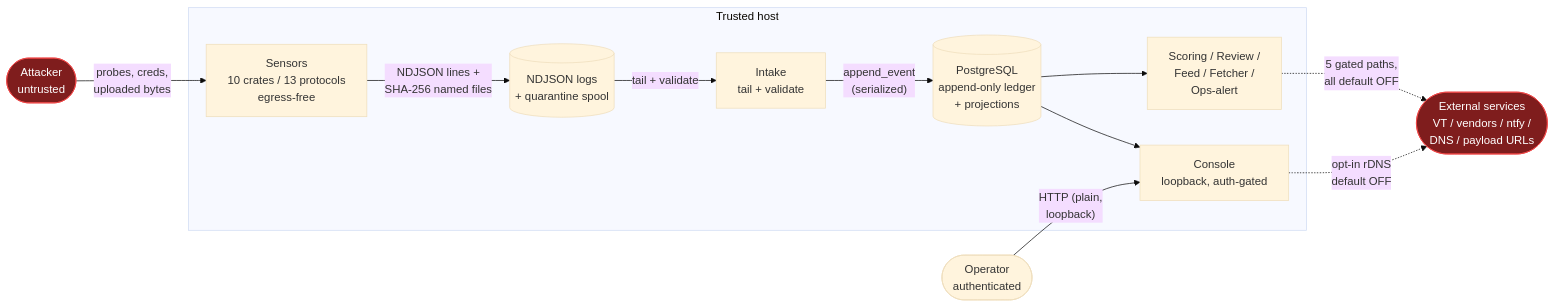
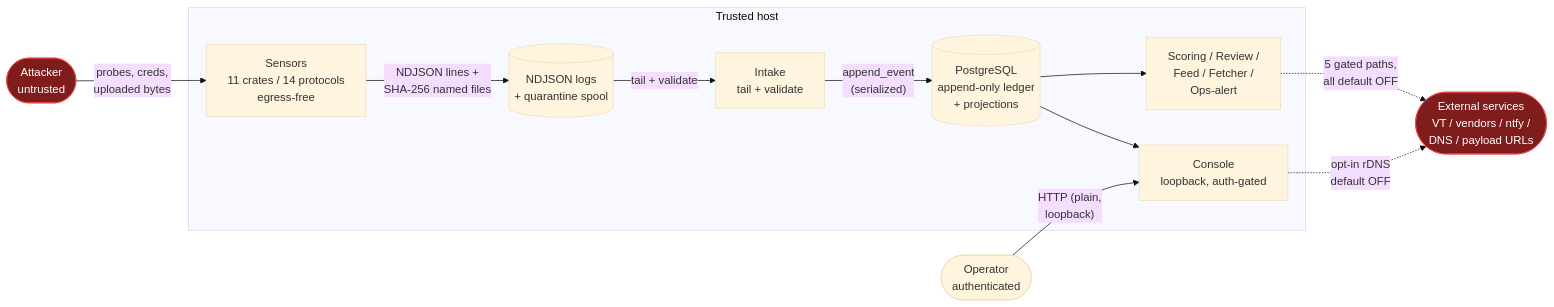
One commit to brandontroidl/Propolis changed the diagram in docs/architecture/trust-boundaries-and-data-flows.md. Above: the diagram before and after it, drawn with Mermaid (base theme). The commit also changed other lines of this file and 61 other files, not shown here.

````diff
--- a/docs/architecture/trust-boundaries-and-data-flows.md
+++ b/docs/architecture/trust-boundaries-and-data-flows.md
@@ -33,30 +33,30 @@
 ```mermaid
 flowchart LR
     attacker([Attacker<br/>untrusted])
 
     subgraph host[Trusted host]
-        sensors[Sensors<br/>10 crates / 13 protocols<br/>egress-free]
+        sensors[Sensors<br/>11 crates / 14 protocols<br/>egress-free]
         logs[(NDJSON logs<br/>+ quarantine spool)]
         intake[Intake<br/>tail + validate]
         db[(PostgreSQL<br/>append-only ledger<br/>+ projections)]
         platform[Scoring / Review /<br/>Feed / Fetcher /<br/>Ops-alert]
         console[Console<br/>loopback, auth-gated]
     end
 
     operator([Operator<br/>authenticated])
     ext([External services<br/>VT / vendors / ntfy /<br/>DNS / payload URLs])
 
     attacker -->|"probes, creds,<br/>uploaded bytes"| sensors
     sensors -->|"NDJSON lines +<br/>SHA-256 named files"| logs
     logs -->|tail + validate| intake
     intake -->|"append_event<br/>(serialized)"| db
     db --> platform
     db --> console
     operator -->|"HTTP (plain,<br/>loopback)"| console
     platform -.->|"5 gated paths,<br/>all default OFF"| ext
     console -.->|"opt-in rDNS<br/>default OFF"| ext
 
     classDef untrusted fill:#7f1d1d,stroke:#ef4444,color:#fff
     classDef gated stroke-dasharray:5 5
     class attacker,ext untrusted
 ```
````
